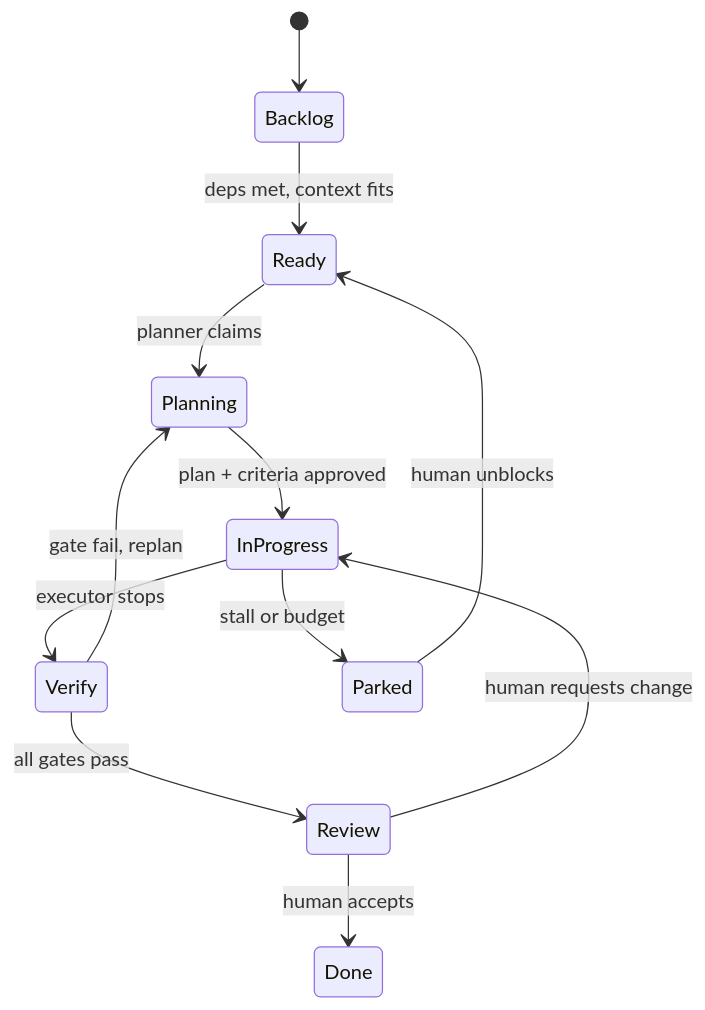
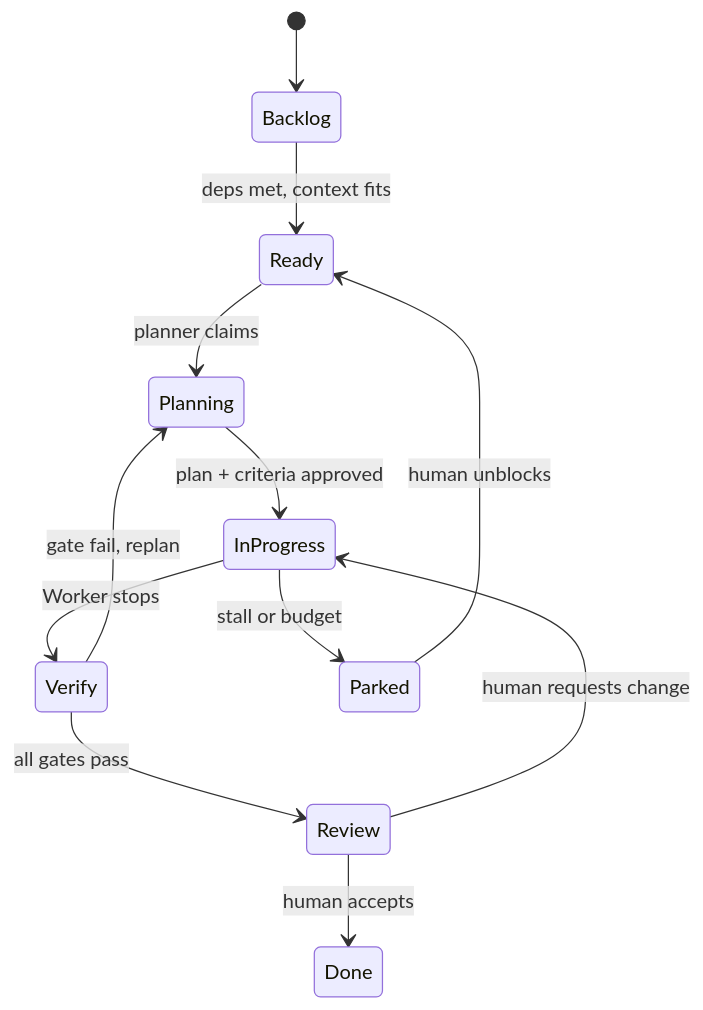
The second of 9 diagrams in docs/design/HARNESS_DESIGN.md (brennansk1/sekhemet), drawn with Mermaid before and after one commit. The commit also changed other lines of this file, not shown here.

````diff
--- a/docs/design/HARNESS_DESIGN.md
+++ b/docs/design/HARNESS_DESIGN.md
@@ -351,14 +438,14 @@
 ```mermaid
 stateDiagram-v2
   [*] --> Backlog
   Backlog --> Ready: deps met, context fits
   Ready --> Planning: planner claims
   Planning --> InProgress: plan + criteria approved
-  InProgress --> Verify: executor stops
+  InProgress --> Verify: Worker stops
   Verify --> Review: all gates pass
   Verify --> Planning: gate fail, replan
   Review --> Done: human accepts
   Review --> InProgress: human requests change
   InProgress --> Parked: stall or budget
   Parked --> Ready: human unblocks
 ```
````
